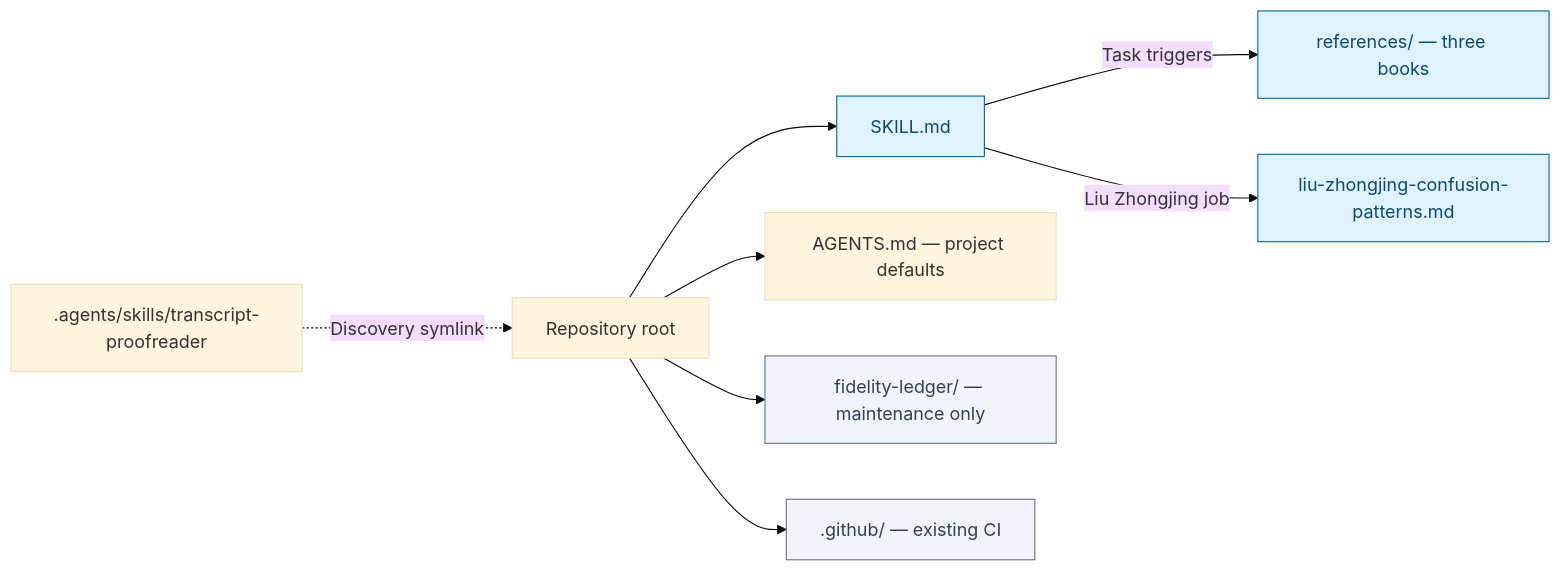
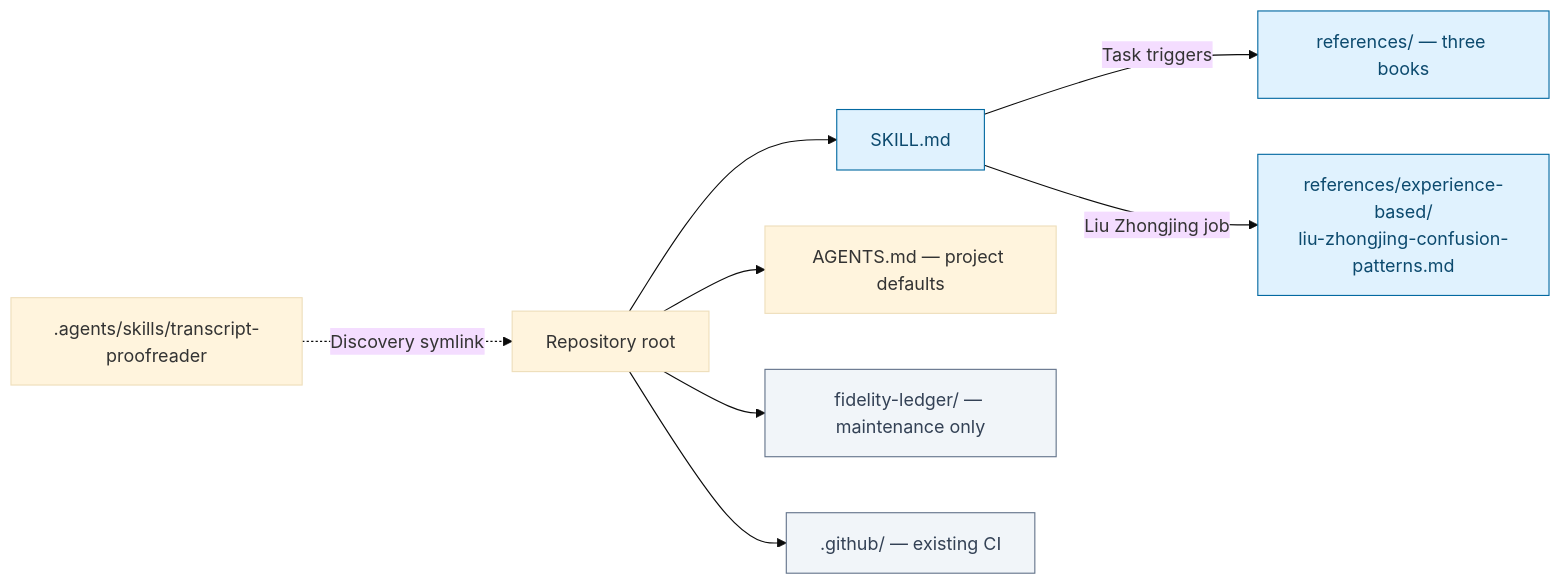
One commit to ariel-lee-1023/transcript-proofreader changed the second of 3 diagrams in README.md. Above: the diagram before and after it, drawn with Mermaid (base theme). The commit also changed other lines of this file and 10 other files, not shown here.

Commit message:
Organize confusion patterns under experience-based references

````diff
--- a/README.md
+++ b/README.md
@@ -77,16 +77,16 @@
 ```mermaid
 flowchart LR
     accTitle: Canonical runtime and maintenance records
     accDescr: The discovery symlink targets the root; the core loads books and the experience table, while the ledger is separate.
     alias[".agents/skills/transcript-proofreader"] -.->|Discovery symlink| root["Repository root"]
     root --> core["SKILL.md"]
     core -->|Task triggers| refs["references/ — three books"]
-    core -->|Liu Zhongjing job| experience["liu-zhongjing-confusion-patterns.md"]
+    core -->|Liu Zhongjing job| experience["references/experience-based/<br/>liu-zhongjing-confusion-patterns.md"]
     root --> agents["AGENTS.md — project defaults"]
     root --> ledger["fidelity-ledger/ — maintenance only"]
     root --> ci[".github/ — existing CI"]
     classDef runtime fill:#e0f2fe,stroke:#0369a1,color:#0c4a6e
     classDef maintenance fill:#f1f5f9,stroke:#64748b,color:#334155
     class core,refs,experience runtime
     class ledger,ci maintenance
 ```
````
